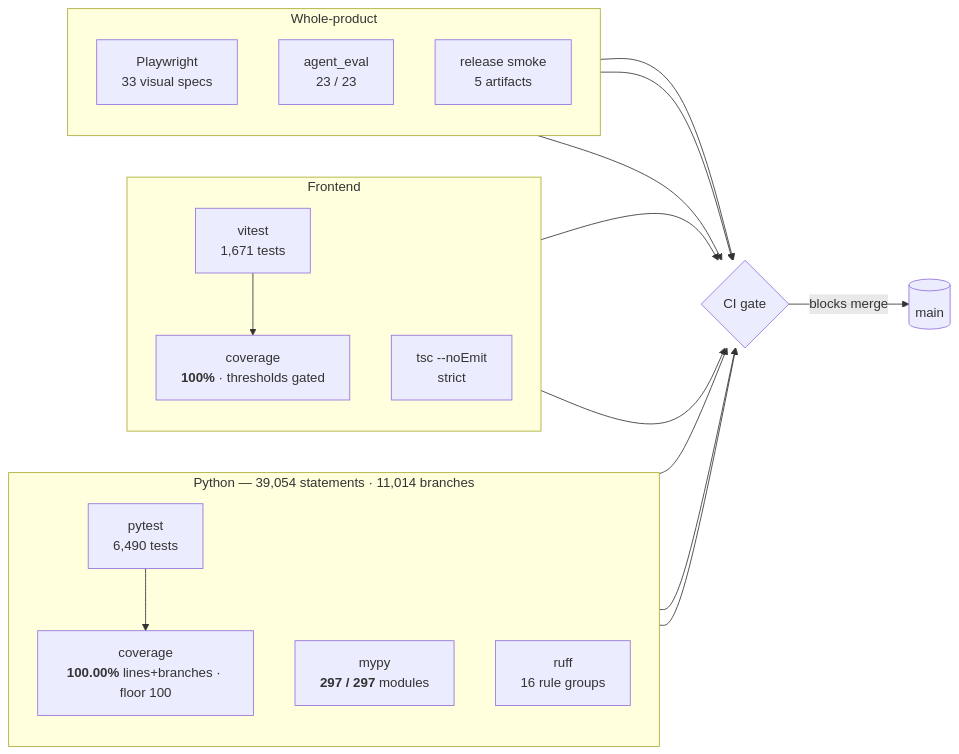
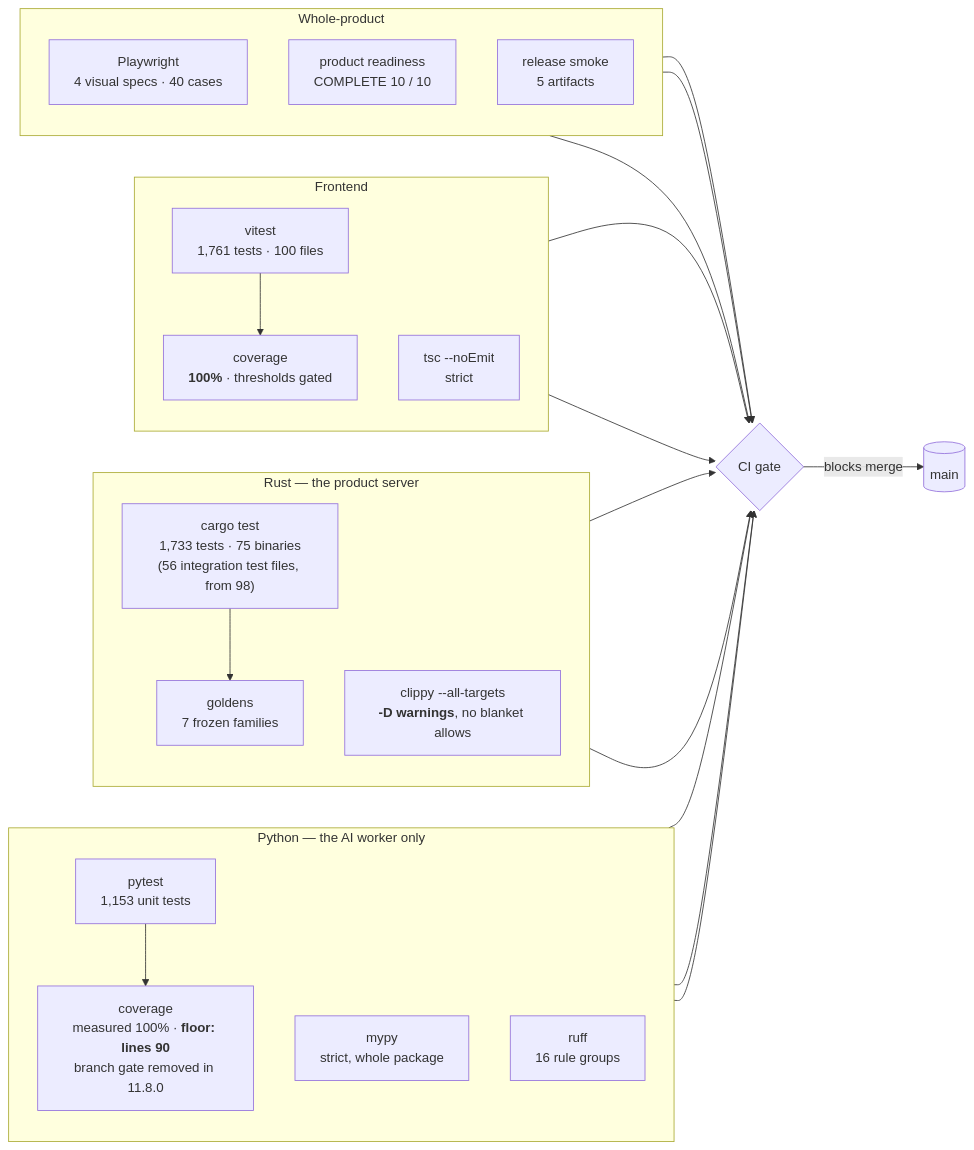
One commit to TaeSooPark-PTS/LatticeAI changed the fourth of 4 diagrams in ARCHITECTURE.md. Above: the diagram before and after it, drawn with Mermaid. The commit also changed other lines of this file and 581 other files, not shown here.

````diff
--- a/ARCHITECTURE.md
+++ b/ARCHITECTURE.md
@@ -959,38 +1031,48 @@
 ```mermaid
 flowchart LR
-  subgraph py["Python — 39,054 statements · 11,014 branches"]
+  subgraph py["Python — the AI worker only"]
     direction TB
-    pyt["pytest<br/>6,490 tests"]
-    pycov["coverage<br/><b>100.00%</b> lines+branches · floor 100"]
-    pymypy["mypy<br/><b>297 / 297</b> modules"]
+    pyt["pytest<br/>1,153 unit tests"]
+    pycov["coverage<br/>measured 100% · <b>floor: lines 90</b><br/>branch gate removed in 11.8.0"]
+    pymypy["mypy<br/>strict, whole package"]
     pyruff["ruff<br/>16 rule groups"]
     pyt --> pycov
   end
 
+  subgraph rs["Rust — the product server"]
+    direction TB
+    rst["cargo test<br/>1,733 tests · 75 binaries<br/>(56 integration test files, from 98)"]
+    rsclippy["clippy --all-targets<br/><b>-D warnings</b>, no blanket allows"]
+    rsgold["goldens<br/>7 frozen families"]
+    rst --> rsgold
+  end
+
   subgraph fe["Frontend"]
     direction TB
-    fet["vitest<br/>1,671 tests"]
+    fet["vitest<br/>1,761 tests · 100 files"]
     fecov["coverage<br/><b>100%</b> · thresholds gated"]
     fets["tsc --noEmit<br/>strict"]
     fet --> fecov
   end
 
   subgraph e2e["Whole-product"]
     direction TB
-    play["Playwright<br/>33 visual specs"]
-    eval["agent_eval<br/>23 / 23"]
+    play["Playwright<br/>4 visual specs · 40 cases"]
+    readiness["product readiness<br/>COMPLETE 10 / 10"]
     smoke["release smoke<br/>5 artifacts"]
   end
 
   gate{"CI gate"}
   pycov --> gate
   pymypy --> gate
   pyruff --> gate
+  rsclippy --> gate
+  rsgold --> gate
   fets --> gate
   fecov --> gate
   play --> gate
-  eval --> gate
+  readiness --> gate
   smoke --> gate
 
   gate -- "blocks merge" --> main[("main")]
 ```
````
